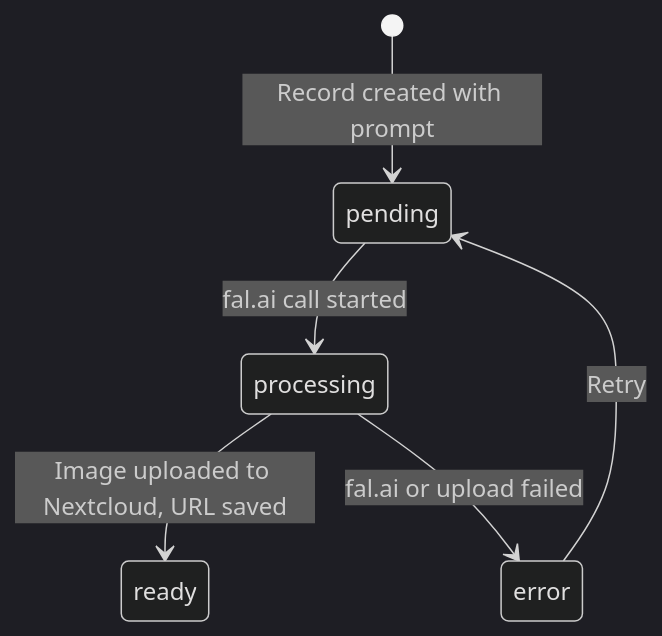
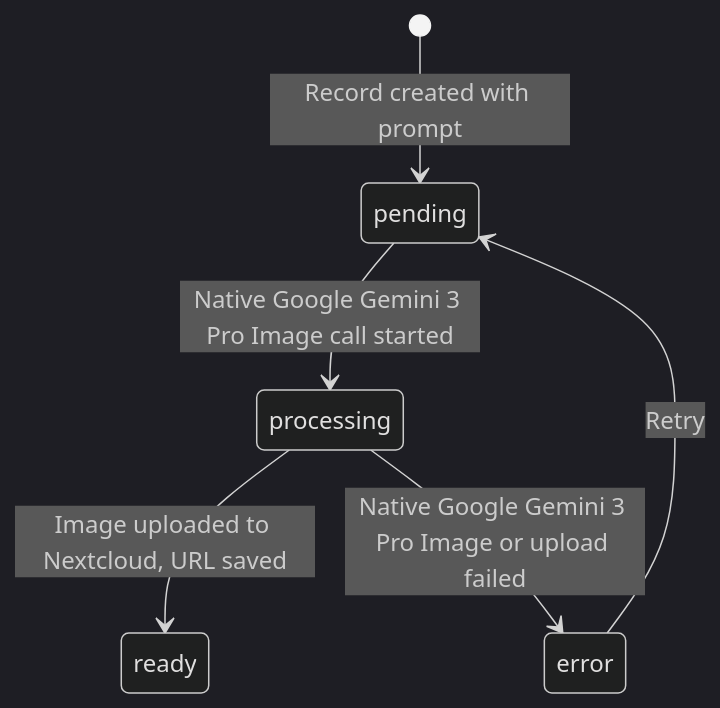
One commit to gordo-v1su4/storyception changed the fourth of 4 diagrams in ARCHITECTURE.md. Above: the diagram before and after it, drawn with Mermaid (dark theme). The commit also changed other lines of this file and 14 other files, not shown here.

````diff
--- a/ARCHITECTURE.md
+++ b/ARCHITECTURE.md
@@ -98,8 +98,8 @@
 ```mermaid
 stateDiagram-v2
     [*] --> pending : Record created with prompt
-    pending --> processing : fal.ai call started
+    pending --> processing : Native Google Gemini 3 Pro Image call started
     processing --> ready : Image uploaded to Nextcloud, URL saved
-    processing --> error : fal.ai or upload failed
+    processing --> error : Native Google Gemini 3 Pro Image or upload failed
     error --> pending : Retry
 ```
````
